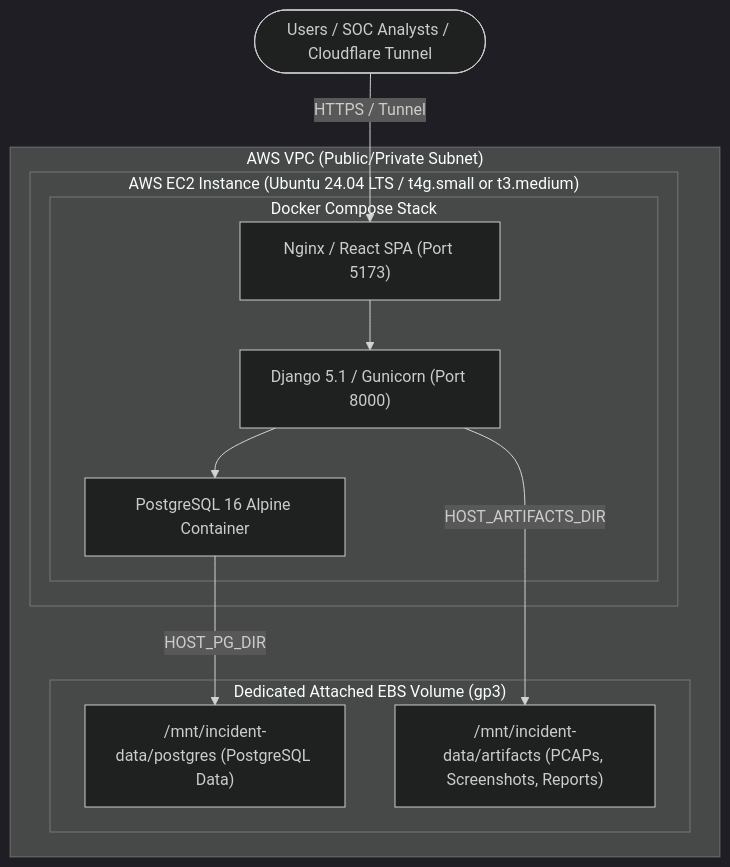
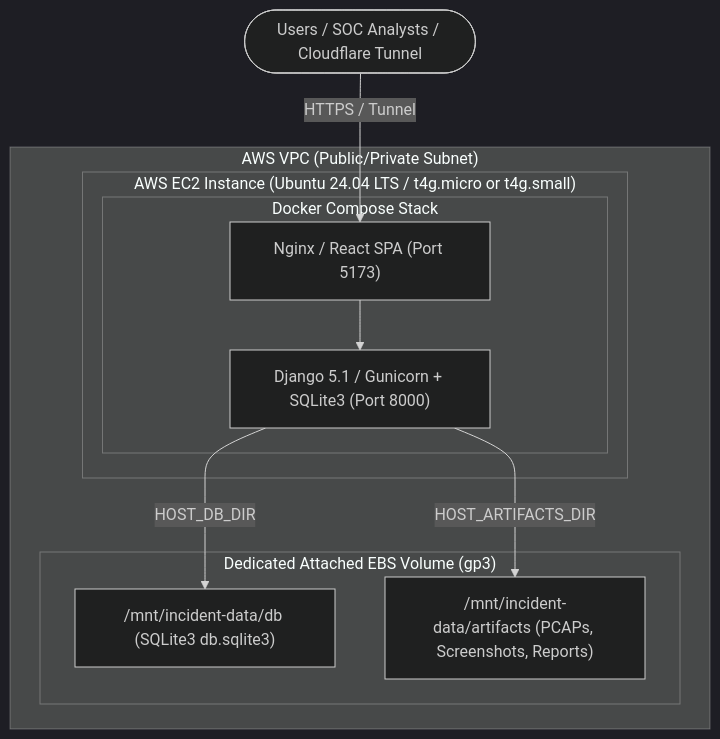
The diagram in DEPLOYMENT_AWS.md (aircooledcafe/incident-reporter), drawn with Mermaid (dark theme) before and after one commit. The commit also changed other lines of this file and 19 other files, not shown here.

First line of the commit message:
refactor: migrate database from PostgreSQL back to SQLite3

````diff
--- a/DEPLOYMENT_AWS.md
+++ b/DEPLOYMENT_AWS.md
@@ -9,25 +9,23 @@
 ```mermaid
 flowchart TD
     Internet([Users / SOC Analysts / Cloudflare Tunnel])
     
     subgraph VPC["AWS VPC (Public/Private Subnet)"]
-        subgraph EC2["AWS EC2 Instance (Ubuntu 24.04 LTS / t4g.small or t3.medium)"]
+        subgraph EC2["AWS EC2 Instance (Ubuntu 24.04 LTS / t4g.micro or t4g.small)"]
             subgraph Docker["Docker Compose Stack"]
                 Frontend["Nginx / React SPA (Port 5173)"]
-                Backend["Django 5.1 / Gunicorn (Port 8000)"]
-                Postgres["PostgreSQL 16 Alpine Container"]
+                Backend["Django 5.1 / Gunicorn + SQLite3 (Port 8000)"]
             end
         end
 
         subgraph EBS["Dedicated Attached EBS Volume (gp3)"]
-            PGData["/mnt/incident-data/postgres (PostgreSQL Data)"]
+            DBData["/mnt/incident-data/db (SQLite3 db.sqlite3)"]
             ArtifactsData["/mnt/incident-data/artifacts (PCAPs, Screenshots, Reports)"]
         end
     end
 
     Internet -->|HTTPS / Tunnel| Frontend
     Frontend --> Backend
-    Backend --> Postgres
-    Postgres -->|HOST_PG_DIR| PGData
+    Backend -->|HOST_DB_DIR| DBData
     Backend -->|HOST_ARTIFACTS_DIR| ArtifactsData
 ```
````
